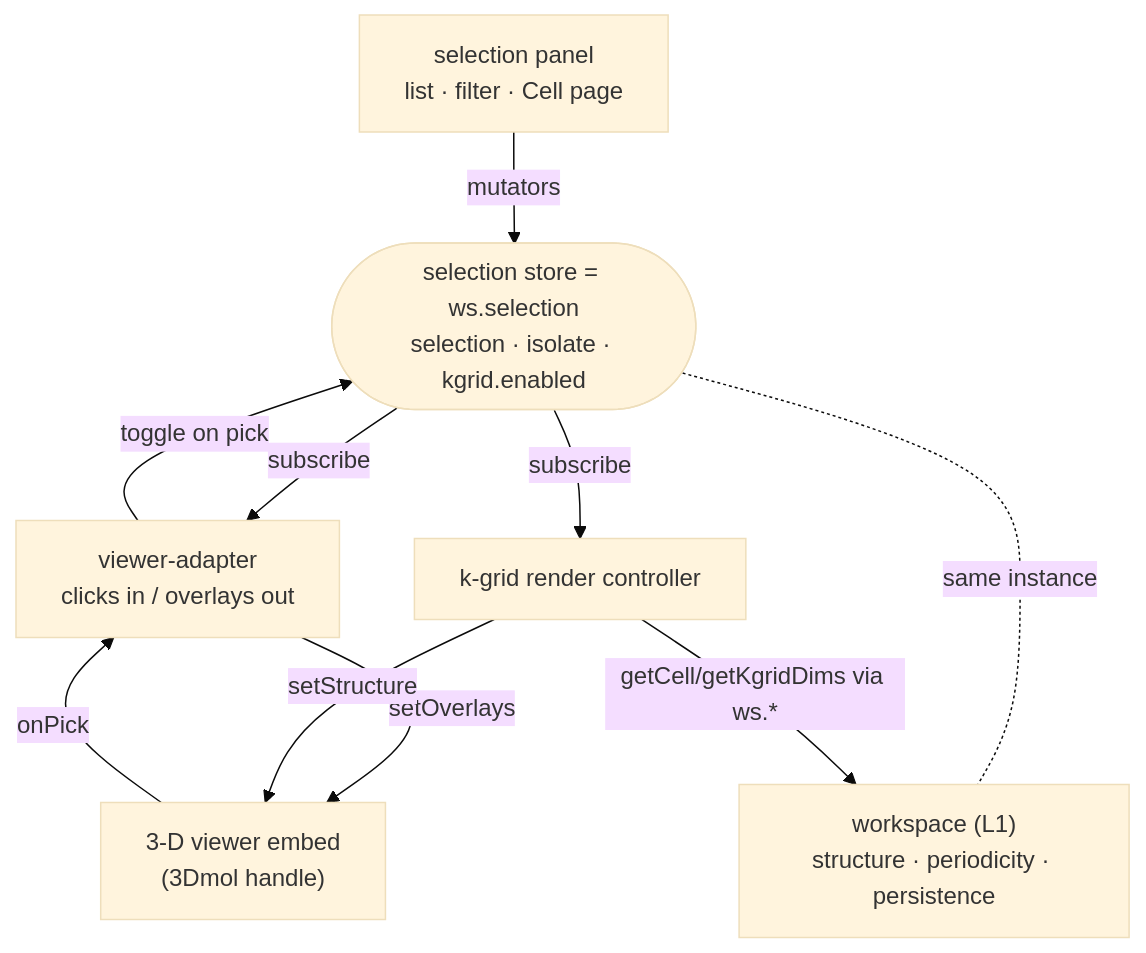
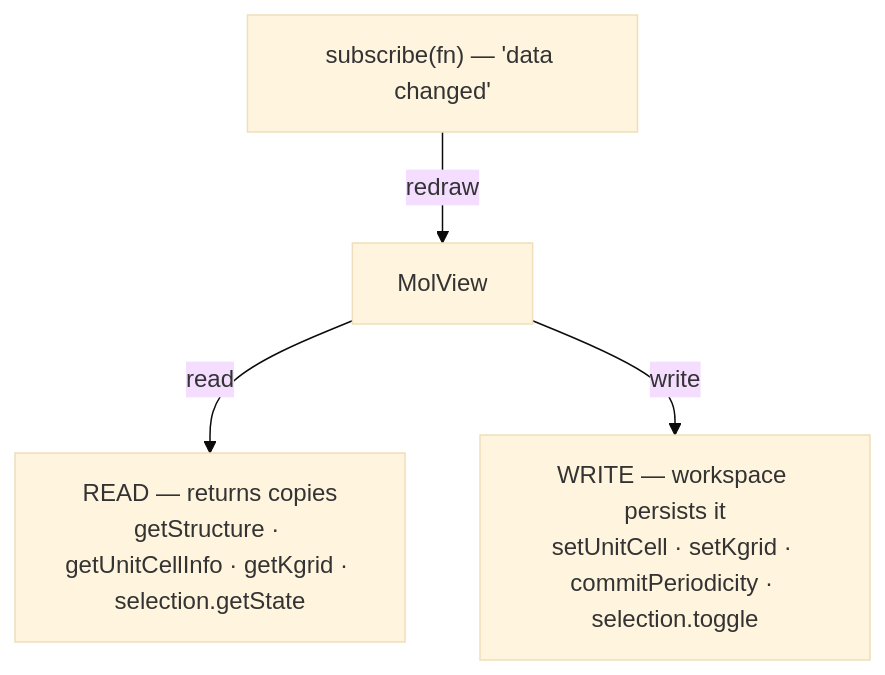
The third of 4 diagrams in docs/protocols/molview-module.md (Qing-LAB/molbuilder), drawn with Mermaid (base theme) before and after one commit. The commit also changed other lines of this file and 1 other file, not shown here.

````diff
--- a/docs/protocols/molview-module.md
+++ b/docs/protocols/molview-module.md
@@ -24,19 +74,10 @@
 ```mermaid
 flowchart TD
-    PANEL["selection panel<br/>list · filter · Cell page"]
-    ADAPTER["viewer-adapter<br/>clicks in / overlays out"]
-    VIEWER["3-D viewer embed<br/>(3Dmol handle)"]
-    KG["k-grid render controller"]
-    STORE(["selection store = ws.selection<br/>selection · isolate · kgrid.enabled"])
-    WS["workspace (L1)<br/>structure · periodicity · persistence"]
-
-    PANEL -->|mutators| STORE
-    ADAPTER -->|toggle on pick| STORE
-    STORE -->|subscribe| ADAPTER
-    STORE -->|subscribe| KG
-    ADAPTER -->|setOverlays| VIEWER
-    KG -->|setStructure| VIEWER
-    VIEWER -->|onPick| ADAPTER
-    STORE -. "same instance" .- WS
-    KG -->|"getCell/getKgridDims via ws.*"| WS
+    MV["MolView"]
+    RD["READ — returns copies<br/>getStructure · getUnitCellInfo · getKgrid · selection.getState"]
+    WR["WRITE — workspace persists it<br/>setUnitCell · setKgrid · commitPeriodicity · selection.toggle"]
+    SUB["subscribe(fn) — 'data changed'"]
+    MV -->|read| RD
+    MV -->|write| WR
+    SUB -->|redraw| MV
 ```
````
